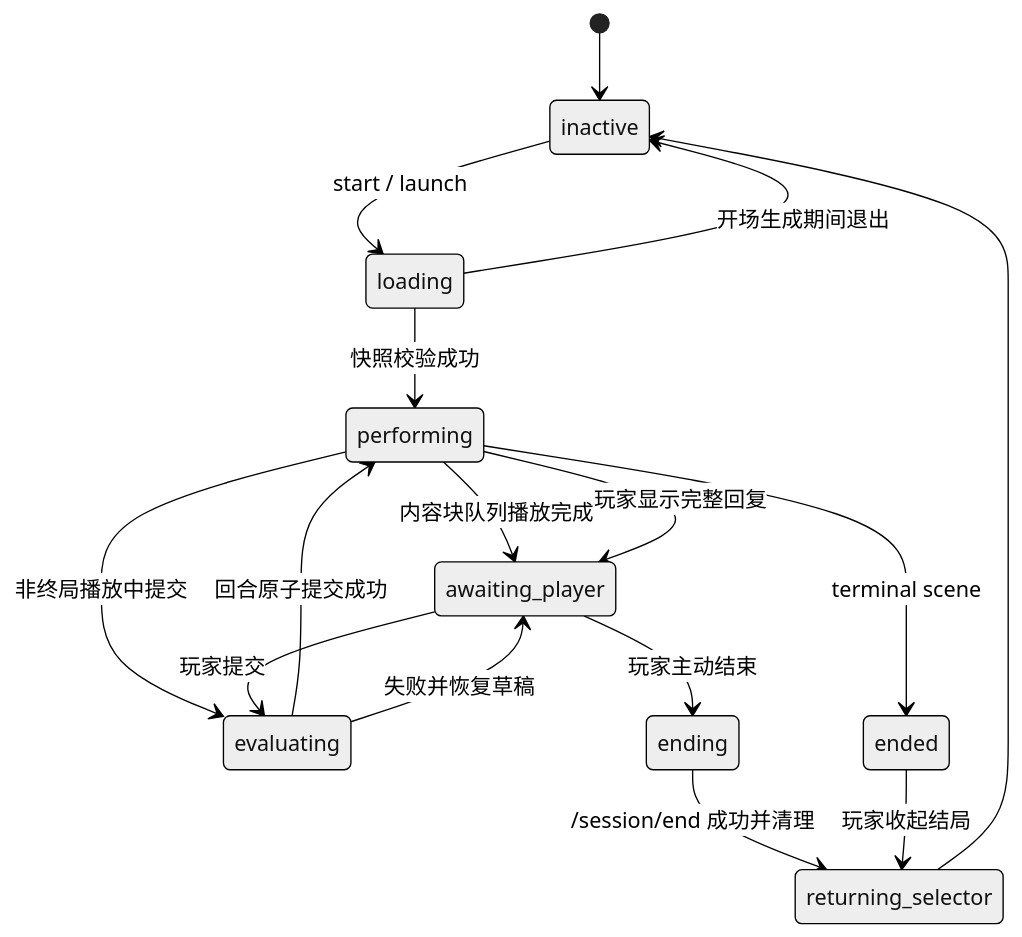
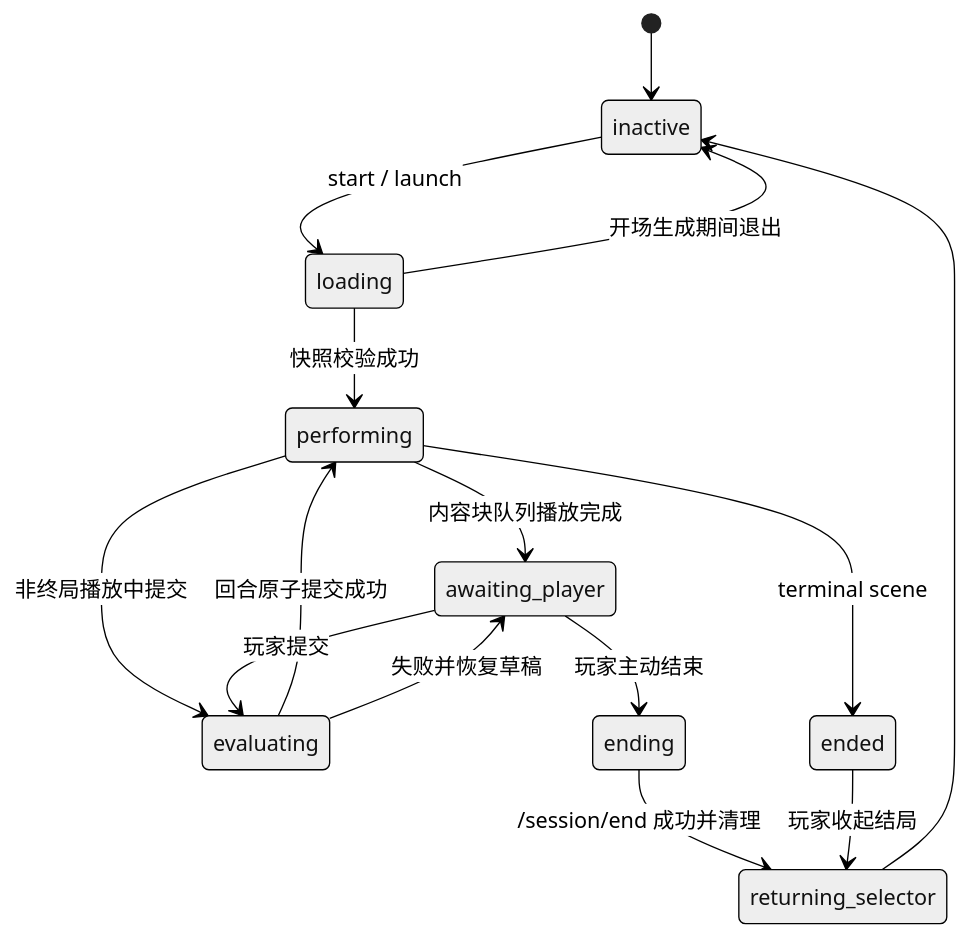
One commit to Krabbypattyl/N.E.K.O changed the third of 3 diagrams in docs/design/neko-theater-architecture.md. Above: the diagram before and after it, drawn with Mermaid (neutral theme). The commit also changed other lines of this file and 61 other files, not shown here.

````diff
--- a/docs/design/neko-theater-architecture.md
+++ b/docs/design/neko-theater-architecture.md
@@ -704,18 +720,17 @@
 ```mermaid
 stateDiagram-v2
     [*] --> inactive
     inactive --> loading: start / launch
     loading --> performing: 快照校验成功
     performing --> awaiting_player: 内容块队列播放完成
-    performing --> awaiting_player: 玩家显示完整回复
     performing --> evaluating: 非终局播放中提交
     awaiting_player --> evaluating: 玩家提交
     evaluating --> performing: 回合原子提交成功
     evaluating --> awaiting_player: 失败并恢复草稿
     performing --> ended: terminal scene
     awaiting_player --> ending: 玩家主动结束
     loading --> inactive: 开场生成期间退出
     ending --> returning_selector: /session/end 成功并清理
     ended --> returning_selector: 玩家收起结局
     returning_selector --> inactive
 ```
````
